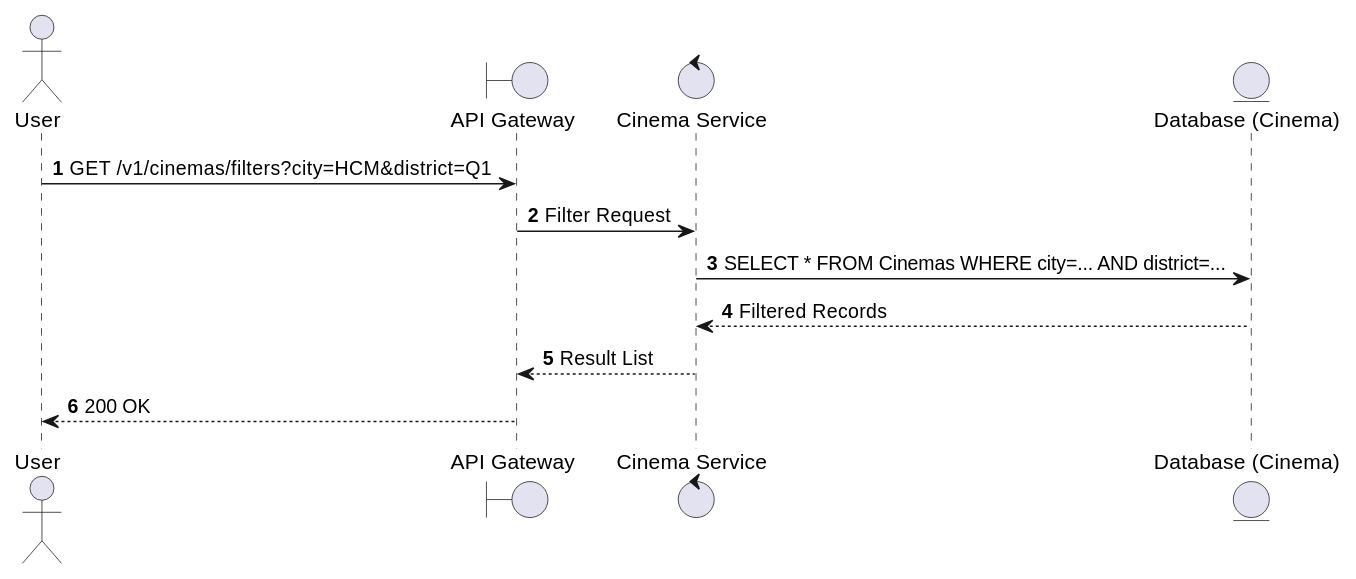
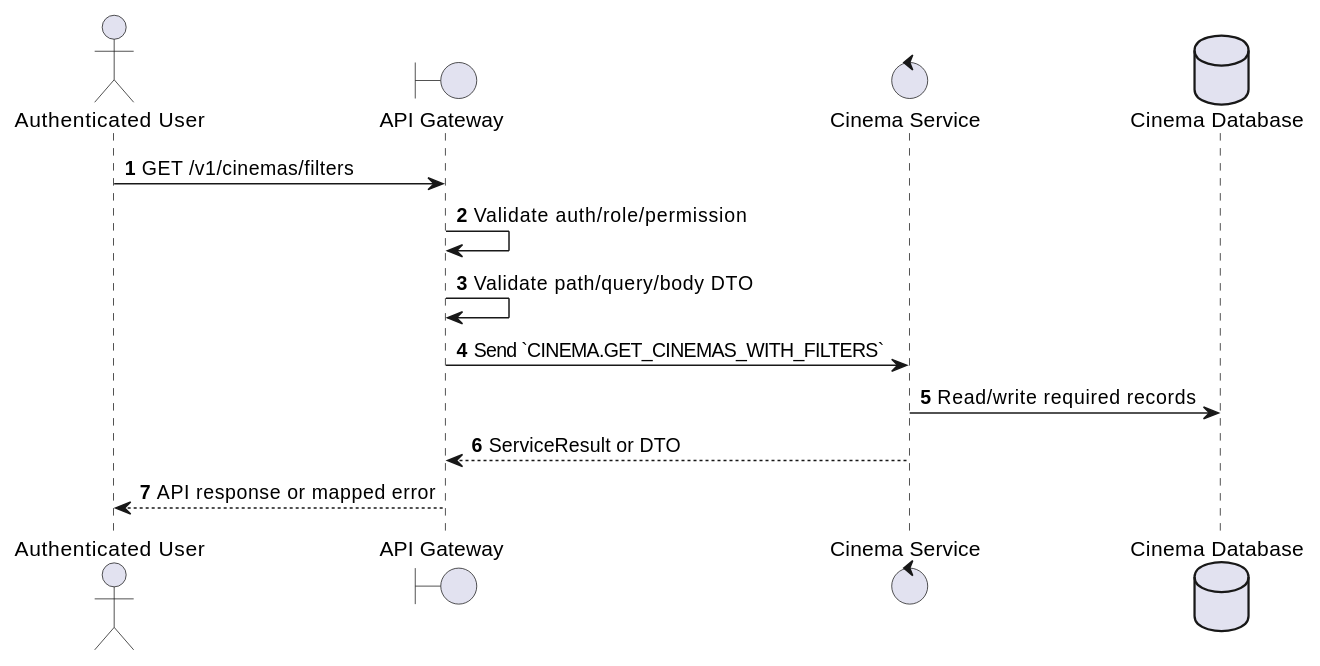
The first of 2 diagrams in docs/functional_specs/3.2.1_Cinema_Management/CM-08_Filter_Cinemas.md (Tanh1603/movie-hub-architecture), drawn with PlantUML before and after one commit. The commit also changed other lines of this file and 126 other files, not shown here.

````diff
--- a/docs/functional_specs/3.2.1_Cinema_Management/CM-08_Filter_Cinemas.md
+++ b/docs/functional_specs/3.2.1_Cinema_Management/CM-08_Filter_Cinemas.md
@@ -17,16 +17,17 @@
 ```plantuml
 @startuml
 autonumber
-actor User
+actor "Authenticated User" as Actor
 boundary "API Gateway" as GW
-control "Cinema Service" as CS
-entity "Database (Cinema)" as DB
+control "Cinema Service" as SVC
+database "Cinema Database" as DB
 
-User -> GW: GET /v1/cinemas/filters?city=HCM&district=Q1
-GW -> CS: Filter Request
-CS -> DB: SELECT * FROM Cinemas WHERE city=... AND district=...
-DB --> CS: Filtered Records
-CS --> GW: Result List
-GW --> User: 200 OK
+Actor -> GW: GET /v1/cinemas/filters
+GW -> GW: Validate auth/role/permission
+GW -> GW: Validate path/query/body DTO
+GW -> SVC: Send `CINEMA.GET_CINEMAS_WITH_FILTERS`
+SVC -> DB: Read/write required records
+SVC --> GW: ServiceResult or DTO
+GW --> Actor: API response or mapped error
 @enduml
 ```
````
